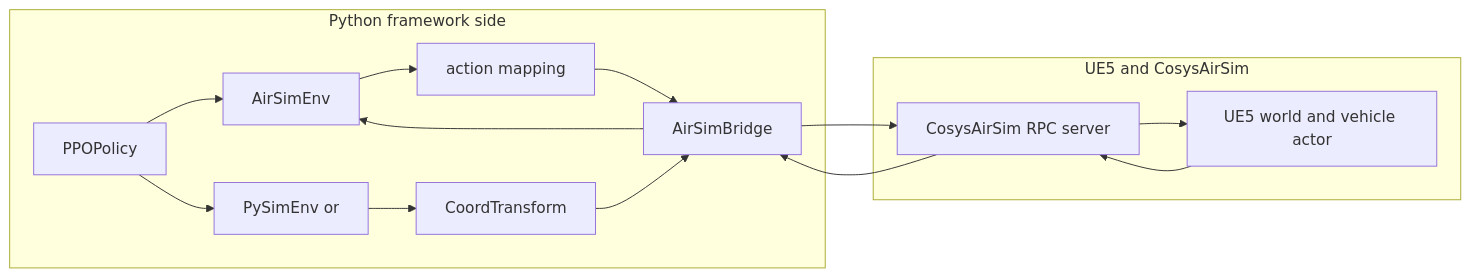
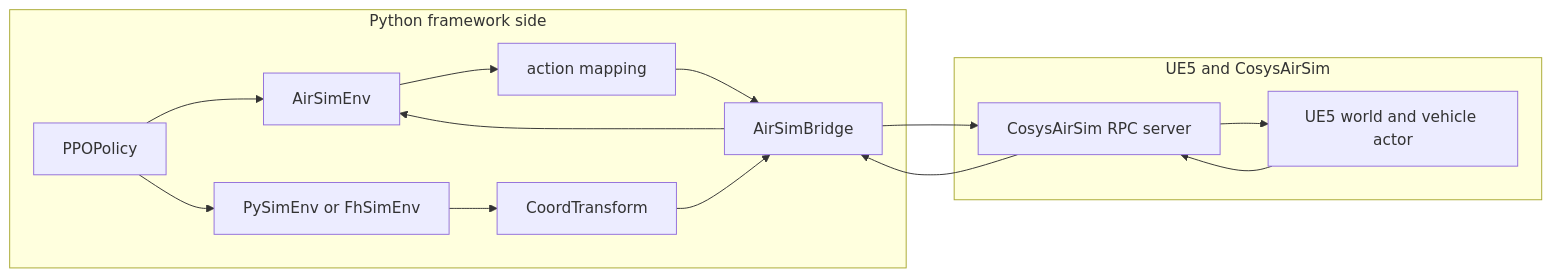
One commit to UAntwerpM4S/RudoLF changed the second of 5 diagrams in docs/airsim_architecture.md. Above: the diagram before and after it, drawn with Mermaid. The commit also changed other lines of this file and 16 other files, not shown here.

````diff
--- a/docs/airsim_architecture.md
+++ b/docs/airsim_architecture.md
@@ -97,30 +98,30 @@
 ```mermaid
 flowchart LR
     subgraph FrameworkSide[Python framework side]
         policy[PPOPolicy]
         airsimEnv[AirSimEnv]
-        fossenEnv[PySimEnv or ]
+        fossenEnv[PySimEnv or FhSimEnv]
         mapping[action mapping]
         transformSvc[CoordTransform]
         bridgeSvc[AirSimBridge]
     end
 
     subgraph UE5Side[UE5 and CosysAirSim]
         rpc[CosysAirSim RPC server]
         ue5[UE5 world and vehicle actor]
     end
 
     policy --> airsimEnv
     policy --> fossenEnv
 
     airsimEnv --> mapping
     mapping --> bridgeSvc
     bridgeSvc --> rpc
     rpc --> ue5
     ue5 --> rpc
     rpc --> bridgeSvc
     bridgeSvc --> airsimEnv
 
     fossenEnv --> transformSvc
     transformSvc --> bridgeSvc
 ```
````
